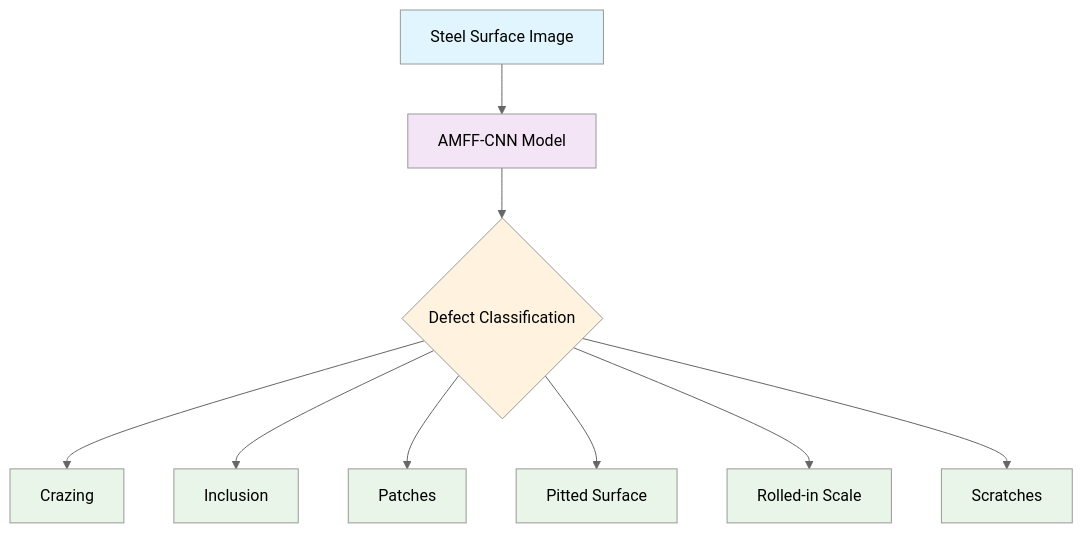
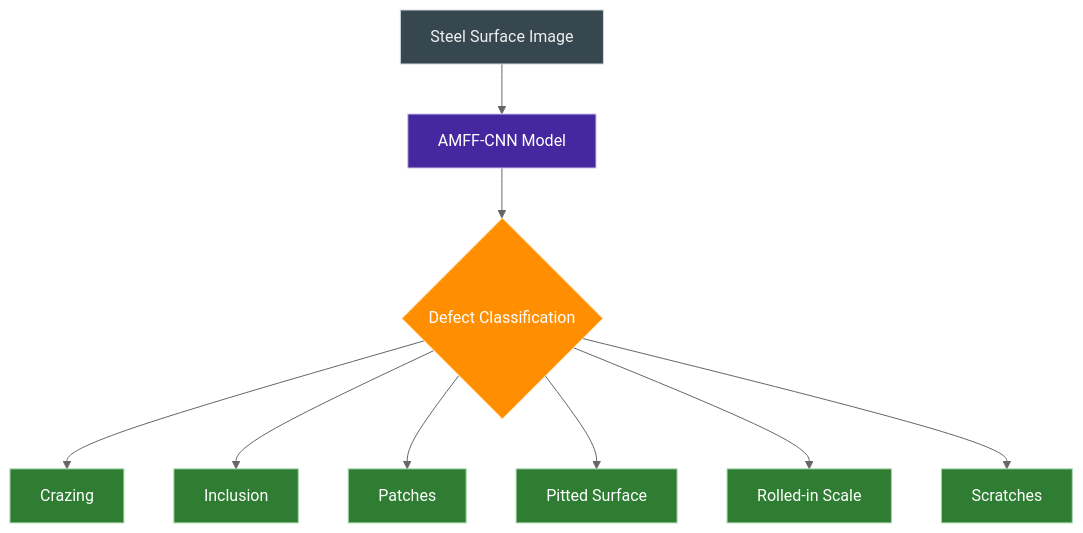
Before and after one commit to RiteshKumar2e/Steel_Surface_Defect: the first of 3 diagrams in README.md, drawn with Mermaid (neutral theme). The commit also changed other lines of this file, not shown here.

````diff
--- a/README.md
+++ b/README.md
@@ -44,21 +44,21 @@
 ```mermaid
 graph TD
     A[Steel Surface Image] --> B[AMFF-CNN Model]
     B --> C{Defect Classification}
     C --> D[Crazing]
     C --> E[Inclusion]
     C --> F[Patches]
     C --> G[Pitted Surface]
     C --> H[Rolled-in Scale]
     C --> I[Scratches]
     
-    style A fill:#e1f5fe
-    style B fill:#f3e5f5
-    style C fill:#fff3e0
-    style D fill:#e8f5e8
-    style E fill:#e8f5e8
-    style F fill:#e8f5e8
-    style G fill:#e8f5e8
-    style H fill:#e8f5e8
-    style I fill:#e8f5e8
+style A fill:#37474f,stroke:#cfd8dc,color:#eceff1
+style B fill:#4527a0,stroke:#d1c4e9,color:#ffffff
+style C fill:#ff8f00,stroke:#ffe0b2,color:#ffffff
+style D fill:#2e7d32,stroke:#a5d6a7,color:#ffffff
+style E fill:#2e7d32,stroke:#a5d6a7,color:#ffffff
+style F fill:#2e7d32,stroke:#a5d6a7,color:#ffffff
+style G fill:#2e7d32,stroke:#a5d6a7,color:#ffffff
+style H fill:#2e7d32,stroke:#a5d6a7,color:#ffffff
+style I fill:#2e7d32,stroke:#a5d6a7,color:#ffffff
 ```
````
